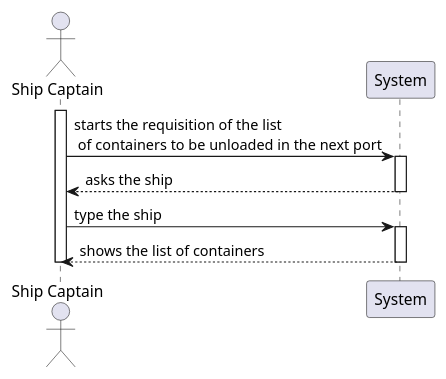
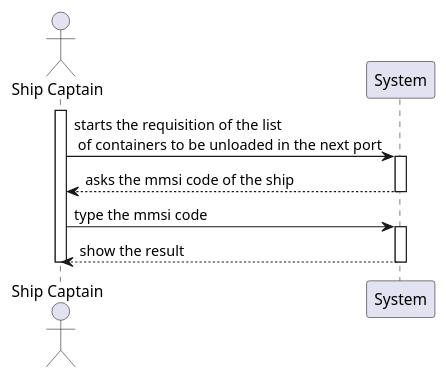
Before and after one commit to 0franciscor/lapr3-2021-g042: the diagram in docs/US205/US205_SSD.puml, drawn with PlantUML. The commit also changed 6 other files, not shown here.

```diff
--- a/docs/US205/US205_SSD.puml
+++ b/docs/US205/US205_SSD.puml
@@ -1,17 +1,17 @@
 @startuml
 'https://plantuml.com/class-diagram
 actor "Ship Captain" as SC
 participant "System" as SY
 
 activate SC
 SC -> SY : starts the requisition of the list \n of containers to be unloaded in the next port
 activate SY
-SY --> SC : asks the ship
+SY --> SC : asks the mmsi code of the ship
 deactivate SY
-SC -> SY : type the ship
+SC -> SY : type the mmsi code
 
 activate SY
-SY-->SC : shows the list of containers
+SY-->SC : show the result
 deactivate SY
 deactivate SC
 @enduml
```
